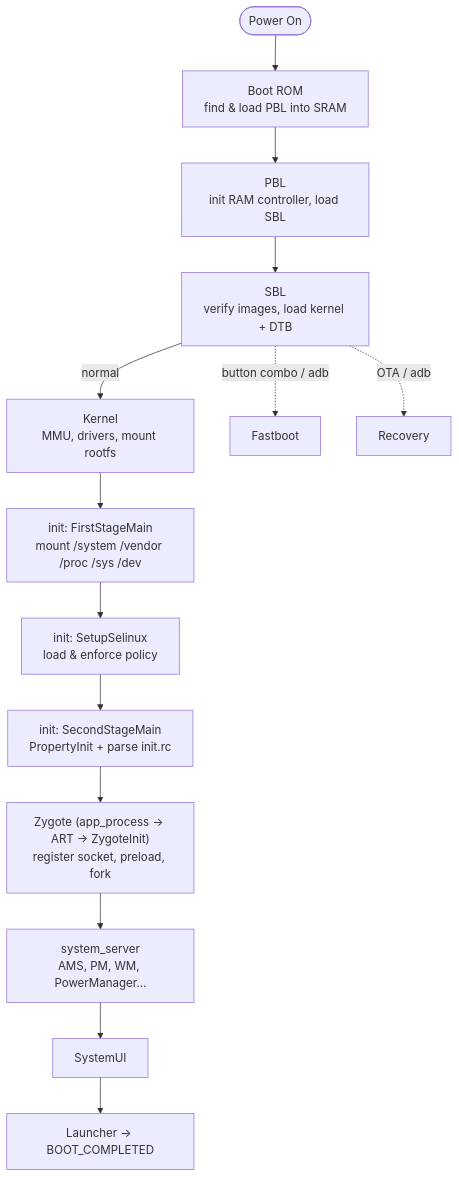
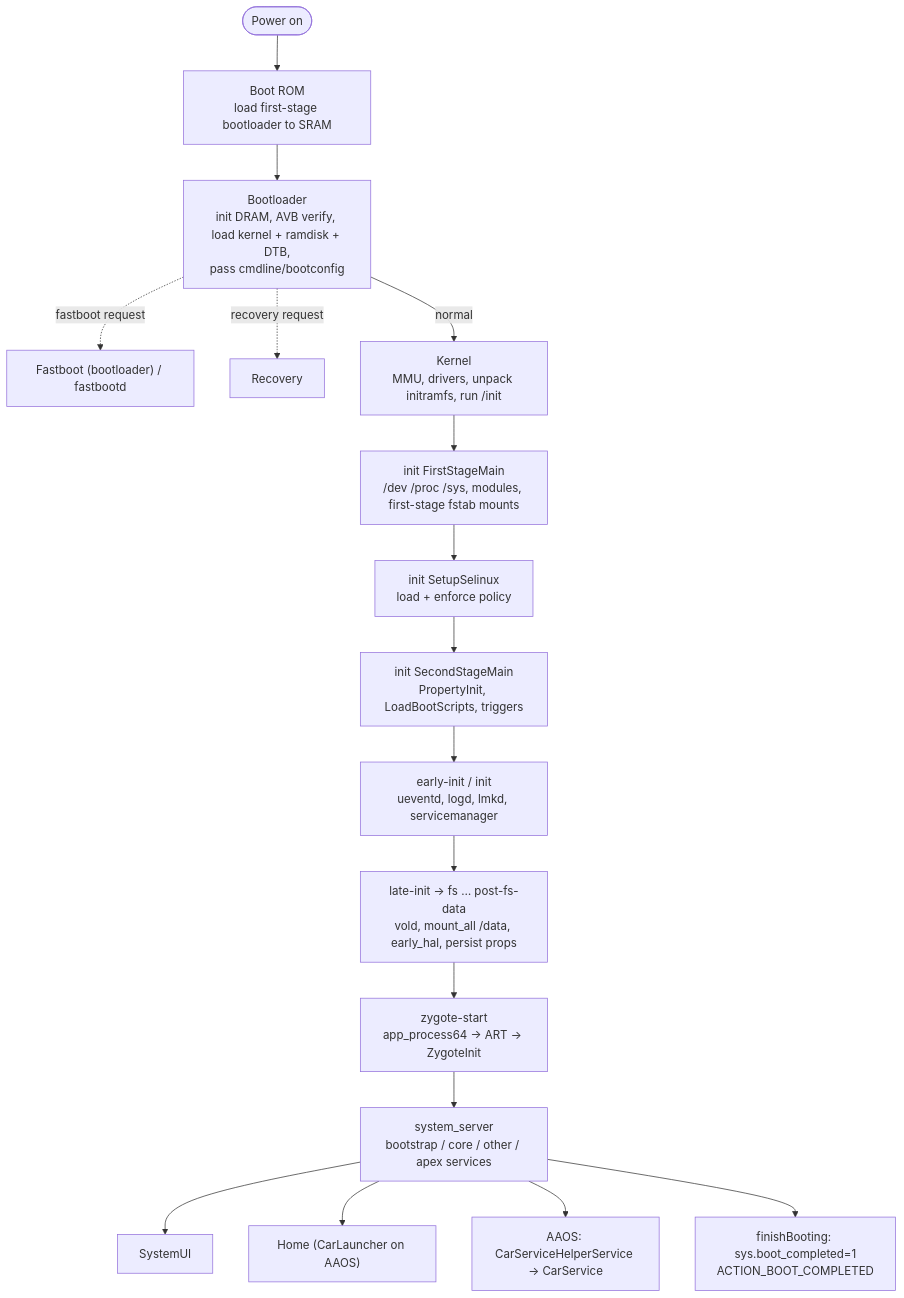
Diagram 12 of 12 in 07.AndroidBootingSequence/README.md (anaskhamees/Android-Automotive), drawn with Mermaid before and after one commit. The commit also changed other lines of this file and 12 other files, not shown here.

````diff
--- a/07.AndroidBootingSequence/README.md
+++ b/07.AndroidBootingSequence/README.md
@@ -585,15 +1593,19 @@
 ```mermaid
 flowchart TB
-    PWR(["Power On"]) --> ROM["Boot ROM<br/>find & load PBL into SRAM"]
-    ROM --> PBL["PBL<br/>init RAM controller, load SBL"]
-    PBL --> SBL["SBL<br/>verify images, load kernel + DTB"]
-    SBL -->|normal| KRN["Kernel<br/>MMU, drivers, mount rootfs"]
-    SBL -.->|button combo / adb| FB["Fastboot"]
-    SBL -.->|OTA / adb| REC["Recovery"]
-    KRN --> I1["init: FirstStageMain<br/>mount /system /vendor /proc /sys /dev"]
-    I1 --> I2["init: SetupSelinux<br/>load & enforce policy"]
-    I2 --> I3["init: SecondStageMain<br/>PropertyInit + parse init.rc"]
-    I3 --> ZG["Zygote (app_process → ART → ZygoteInit)<br/>register socket, preload, fork"]
-    ZG --> SS["system_server<br/>AMS, PM, WM, PowerManager…"]
-    SS --> SUI["SystemUI"] --> LAU["Launcher → BOOT_COMPLETED"]
+    PWR(["Power on"]) --> ROM["Boot ROM<br/>load first-stage bootloader to SRAM"]
+    ROM --> BL["Bootloader<br/>init DRAM, AVB verify, load kernel + ramdisk + DTB,<br/>pass cmdline/bootconfig"]
+    BL -.->|"fastboot request"| FB["Fastboot (bootloader) / fastbootd"]
+    BL -.->|"recovery request"| REC["Recovery"]
+    BL -->|normal| KRN["Kernel<br/>MMU, drivers, unpack initramfs, run /init"]
+    KRN --> I1["init FirstStageMain<br/>/dev /proc /sys, modules, first-stage fstab mounts"]
+    I1 --> I2["init SetupSelinux<br/>load + enforce policy"]
+    I2 --> I3["init SecondStageMain<br/>PropertyInit, LoadBootScripts, triggers"]
+    I3 --> D1["early-init / init<br/>ueventd, logd, lmkd, servicemanager"]
+    D1 --> D2["late-init → fs … post-fs-data<br/>vold, mount_all /data, early_hal, persist props"]
+    D2 --> ZG["zygote-start<br/>app_process64 → ART → ZygoteInit"]
+    ZG --> SS["system_server<br/>bootstrap / core / other / apex services"]
+    SS --> SUI["SystemUI"]
+    SS --> HOME["Home (CarLauncher on AAOS)"]
+    SS --> CSH["AAOS: CarServiceHelperService → CarService"]
+    SS --> BC["finishBooting: sys.boot_completed=1<br/>ACTION_BOOT_COMPLETED"]
 ```
````
